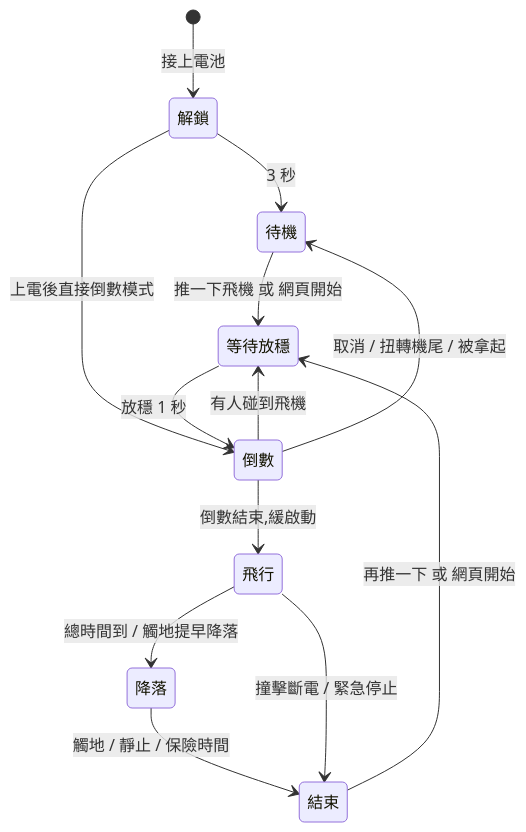
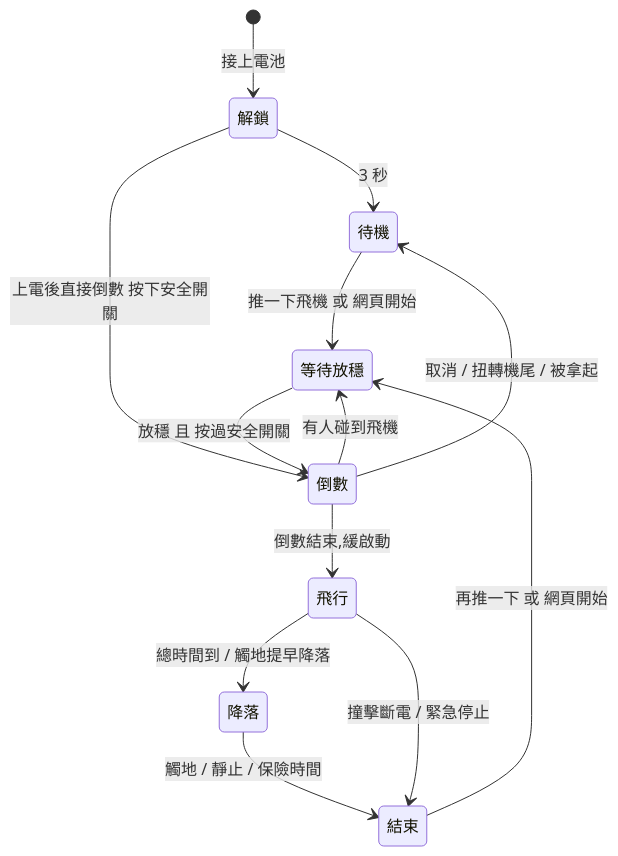
The diagram in README.md (licni/ESP32C3-lineplane), drawn with Mermaid before and after one commit. The commit also changed other lines of this file and 27 other files, not shown here.

````diff
--- a/README.md
+++ b/README.md
@@ -121,16 +121,16 @@
 ```mermaid
 stateDiagram-v2
     direction TB
     [*] --> 解鎖: 接上電池
     解鎖 --> 待機: 3 秒
     待機 --> 等待放穩: 推一下飛機 或 網頁開始
-    解鎖 --> 倒數: 上電後直接倒數模式
-    等待放穩 --> 倒數: 放穩 1 秒
+    解鎖 --> 倒數: 上電後直接倒數 按下安全開關
+    等待放穩 --> 倒數: 放穩 且 按過安全開關
     倒數 --> 等待放穩: 有人碰到飛機
     倒數 --> 待機: 取消 / 扭轉機尾 / 被拿起
     倒數 --> 飛行: 倒數結束,緩啟動
     飛行 --> 降落: 總時間到 / 觸地提早降落
     降落 --> 結束: 觸地 / 靜止 / 保險時間
     飛行 --> 結束: 撞擊斷電 / 緊急停止
     結束 --> 等待放穩: 再推一下 或 網頁開始
 ```
````
